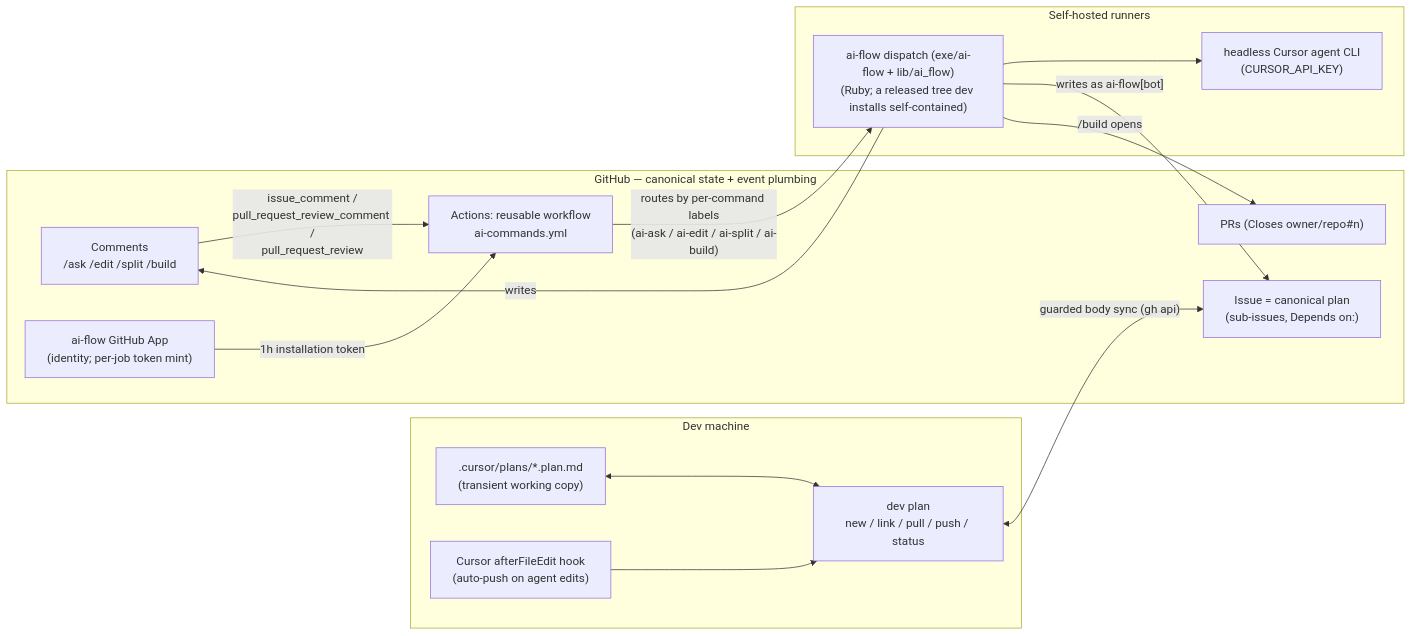
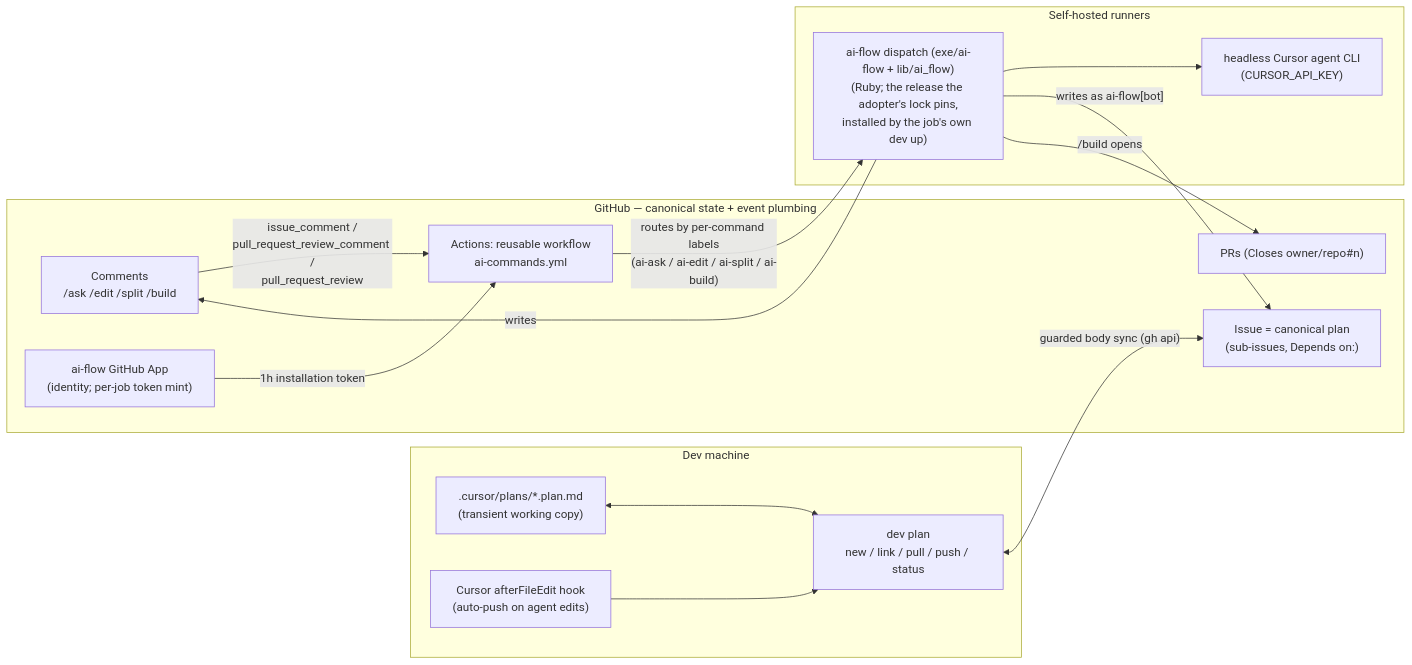
The first of 7 diagrams in docs/architecture.md (d3mlabs/ai-flow), drawn with Mermaid before and after one commit. The commit also changed other lines of this file and 30 other files, not shown here.

Commit message:
ai-flow /build: ai-flow: the reusable workflows are a contract-stable thin shell — dev/up → dev up (installs ai-flow from the adopter's lock) → dev runner status --check → ai-flow gate / dispatch; no .ai-flow checkout, no hook export; ai-flow adopt writes both uses: @v1 and the dependencies.rb pin

````diff
--- a/docs/architecture.md
+++ b/docs/architecture.md
@@ -17,32 +17,32 @@
 ```mermaid
 flowchart LR
     subgraph localZone [Dev machine]
         planFile[".cursor/plans/*.plan.md<br/>(transient working copy)"]
         devPlan["dev plan<br/>new / link / pull / push / status"]
         hook["Cursor afterFileEdit hook<br/>(auto-push on agent edits)"]
     end
 
     subgraph githubZone [GitHub — canonical state + event plumbing]
         issue["Issue = canonical plan<br/>(sub-issues, Depends on:)"]
         comments["Comments<br/>/ask /edit /split /build"]
         pr["PRs (Closes owner/repo#n)"]
         actions["Actions: reusable workflow<br/>ai-commands.yml"]
         app["ai-flow GitHub App<br/>(identity; per-job token mint)"]
     end
 
     subgraph runnerZone [Self-hosted runners]
-        dispatcher["ai-flow dispatch (exe/ai-flow + lib/ai_flow)<br/>(Ruby; a released tree dev installs self-contained)"]
+        dispatcher["ai-flow dispatch (exe/ai-flow + lib/ai_flow)<br/>(Ruby; the release the adopter's lock pins,<br/>installed by the job's own dev up)"]
         agentCli["headless Cursor agent CLI<br/>(CURSOR_API_KEY)"]
     end
 
     planFile <--> devPlan
     hook --> devPlan
     devPlan <-->|"guarded body sync (gh api)"| issue
     comments -->|"issue_comment /<br/>pull_request_review_comment /<br/>pull_request_review"| actions
     actions -->|"routes by per-command labels<br/>(ai-ask / ai-edit / ai-split / ai-build)"| dispatcher
     app -->|"1h installation token"| actions
     dispatcher --> agentCli
     dispatcher -->|"writes as ai-flow[bot]"| issue
     dispatcher -->|writes| comments
     dispatcher -->|"/build opens"| pr
 ```
````
